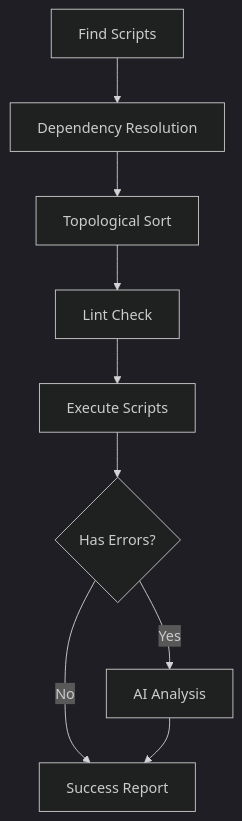
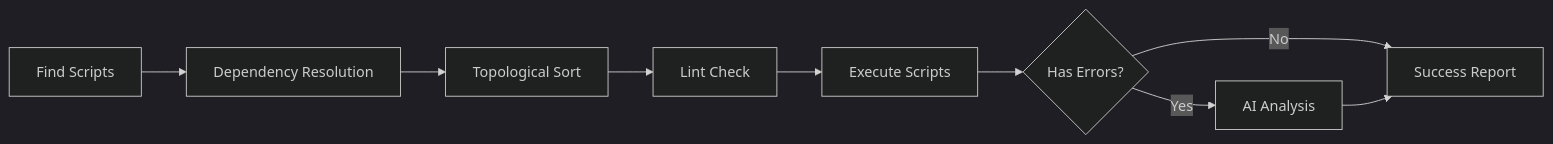
The diagram in README.md (kkkamur07/repcheck), drawn with Mermaid (dark theme) before and after one commit. The commit also changed other lines of this file and 1 other file, not shown here.

````diff
--- a/README.md
+++ b/README.md
@@ -15,11 +15,11 @@
 ```mermaid
-flowchart TB
+flowchart LR
     A[Find Scripts] --> B[Dependency Resolution]
     B --> C[Topological Sort]
     C --> D[Lint Check]
     D --> E[Execute Scripts]
     E --> F{Has Errors?}
     F -->|Yes| G[AI Analysis]
     F -->|No| H[Success Report]
     G --> H
 ```
````
